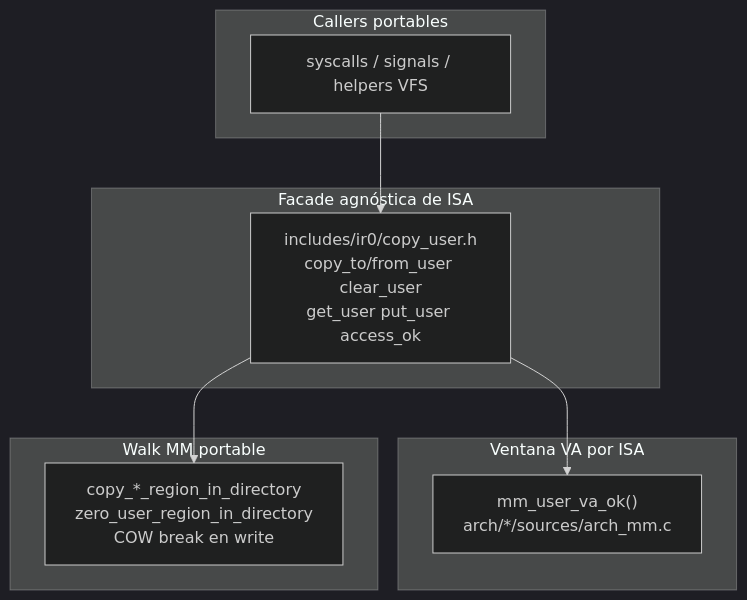
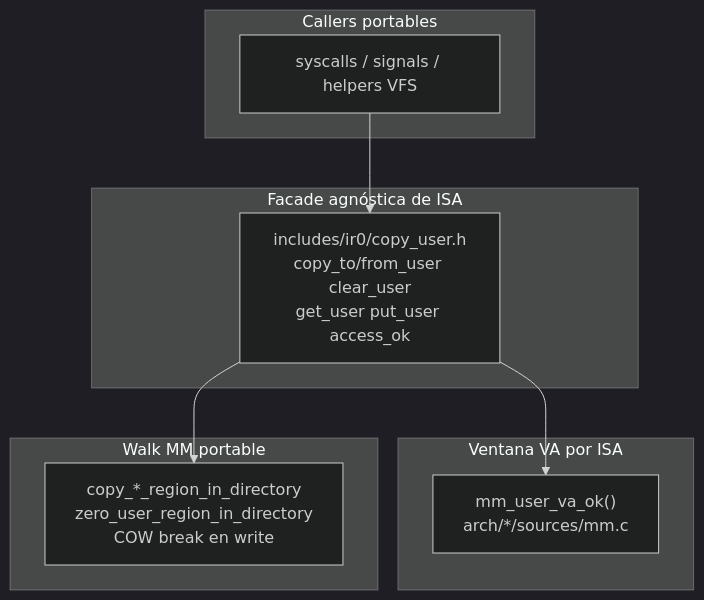
One commit to IRodriguez13/IR0 changed the diagram in Documentation/esp/uaccess.md. Above: the diagram before and after it, drawn with Mermaid (dark theme). The commit also changed other lines of this file and 30 other files, not shown here.

First line of the commit message:
docs: refresh scheduler and architecture source paths

````diff
--- a/Documentation/esp/uaccess.md
+++ b/Documentation/esp/uaccess.md
@@ -35,17 +35,17 @@
 ```mermaid
 flowchart TB
   subgraph callers [Callers portables]
     Sys[syscalls / signals / helpers VFS]
   end
   subgraph facade [Facade agnóstica de ISA]
     CU["includes/ir0/copy_user.h<br/>copy_to/from_user clear_user<br/>get_user put_user access_ok"]
   end
   subgraph isa [Ventana VA por ISA]
-    VA["mm_user_va_ok()<br/>arch/*/sources/arch_mm.c"]
+    VA["mm_user_va_ok()<br/>arch/*/sources/mm.c"]
   end
   subgraph mm [Walk MM portable]
     REG["copy_*_region_in_directory<br/>zero_user_region_in_directory<br/>COW break en write"]
   end
   Sys --> CU --> VA
   CU --> REG
 ```
````
